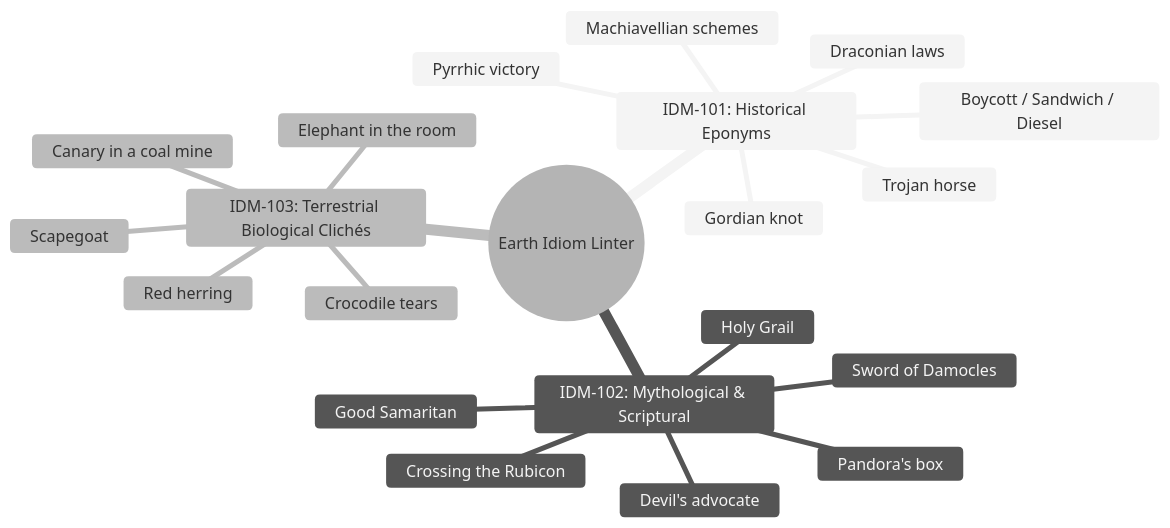
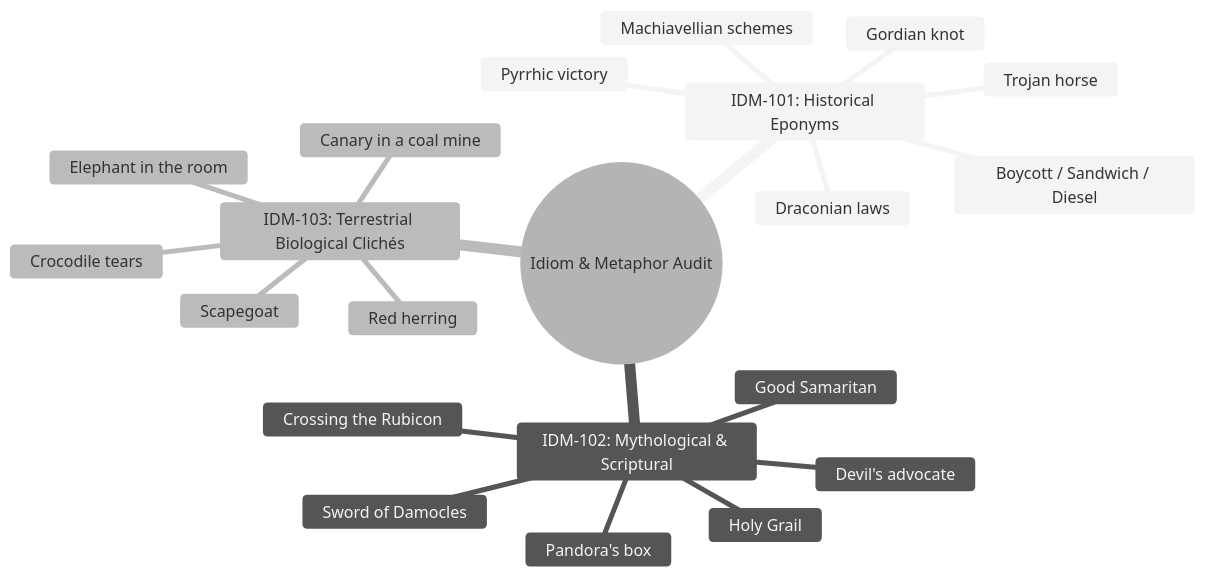
Before and after one commit to aryansinghnagar/Ars-Arcanum: the second of 3 diagrams in docs/IDIOMS.md, drawn with Mermaid (neutral theme). The commit also changed other lines of this file and 12 other files, not shown here.

````diff
--- a/docs/IDIOMS.md
+++ b/docs/IDIOMS.md
@@ -75,24 +53,24 @@
 ```mermaid
 mindmap
-  root((Earth Idiom Linter))
+  root((Idiom & Metaphor Audit))
     IDM-101: Historical Eponyms
       Pyrrhic victory
       Draconian laws
       Machiavellian schemes
       Gordian knot
       Trojan horse
       Boycott / Sandwich / Diesel
     IDM-102: Mythological & Scriptural
       Devil's advocate
       Crossing the Rubicon
       Pandora's box
       Good Samaritan
       Sword of Damocles
       Holy Grail
     IDM-103: Terrestrial Biological Clichés
       Canary in a coal mine
       Elephant in the room
       Red herring
       Crocodile tears
       Scapegoat
 ```
````
